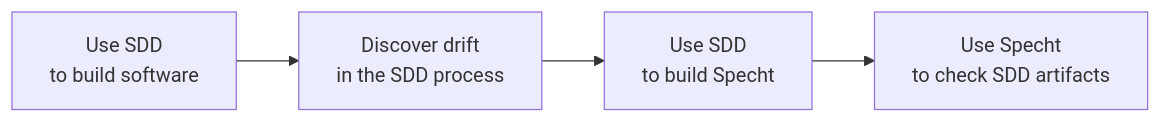
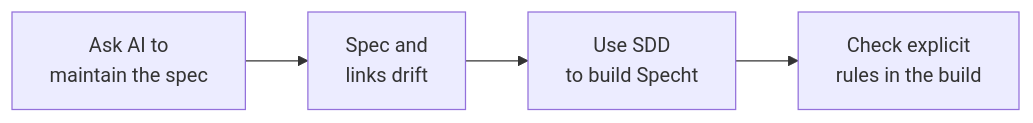
Before and after one commit to RLittlesII/talks: the first of 3 diagrams in sdlc/specification-driven-development/slides/slides.md, drawn with Mermaid. The commit also changed other lines of this file and 3 other files, not shown here.

Commit message:
docs(sdd): center the story on spec upkeep

````diff
--- a/sdlc/specification-driven-development/slides/slides.md
+++ b/sdlc/specification-driven-development/slides/slides.md
@@ -720,12 +685,12 @@
 ```mermaid {key: $clicks, scale: 0.75, themeCSS: ['.sdd-step-1', '.sdd-step-2, .flowchart-link[data-id=edgeAB]', '.sdd-step-3, .flowchart-link[data-id=edgeBC]', '.sdd-step-4, .flowchart-link[data-id=edgeCD]'].map((selector, index) => selector + ' { visibility: ' + ($clicks > index ? 'visible' : 'var(--sdd-unrevealed-diagram-content, hidden)') + '; }').join(' ')}
 graph LR
 accTitle: How Specht grew out of SDD
-accDescr: Using SDD to build software exposed drift in the process. SDD then guided the development of Specht, which checks SDD artifacts.
-A["Use SDD<br/>to build software"] edgeAB@--> B["Discover drift<br/>in the SDD process"]
+accDescr: AI maintained the specification as the software changed. The specification and its links drifted. SDD guided the development of Specht so the build could check explicit rules.
+A["Ask AI to<br/>maintain the spec"] edgeAB@--> B["Spec and<br/>links drift"]
 B edgeBC@--> C["Use SDD<br/>to build Specht"]
-C edgeCD@--> D["Use Specht<br/>to check SDD artifacts"]
+C edgeCD@--> D["Check explicit<br/>rules in the build"]
 class A sdd-step-1
 class B sdd-step-2
 class C sdd-step-3
 class D sdd-step-4
 ```
````
